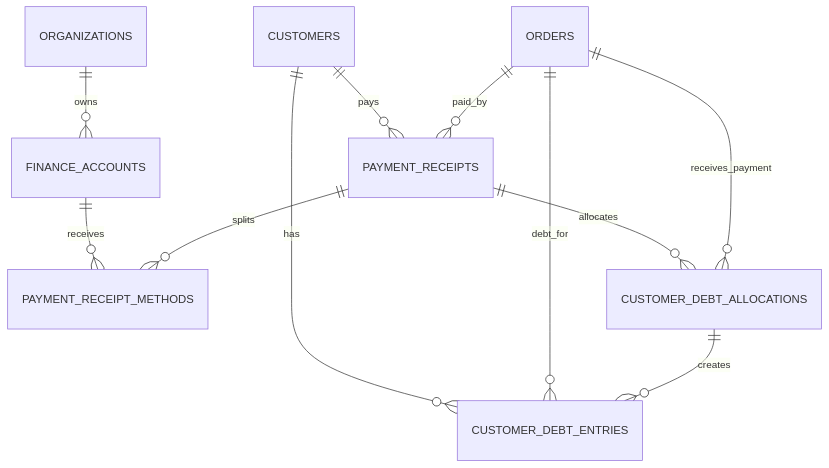
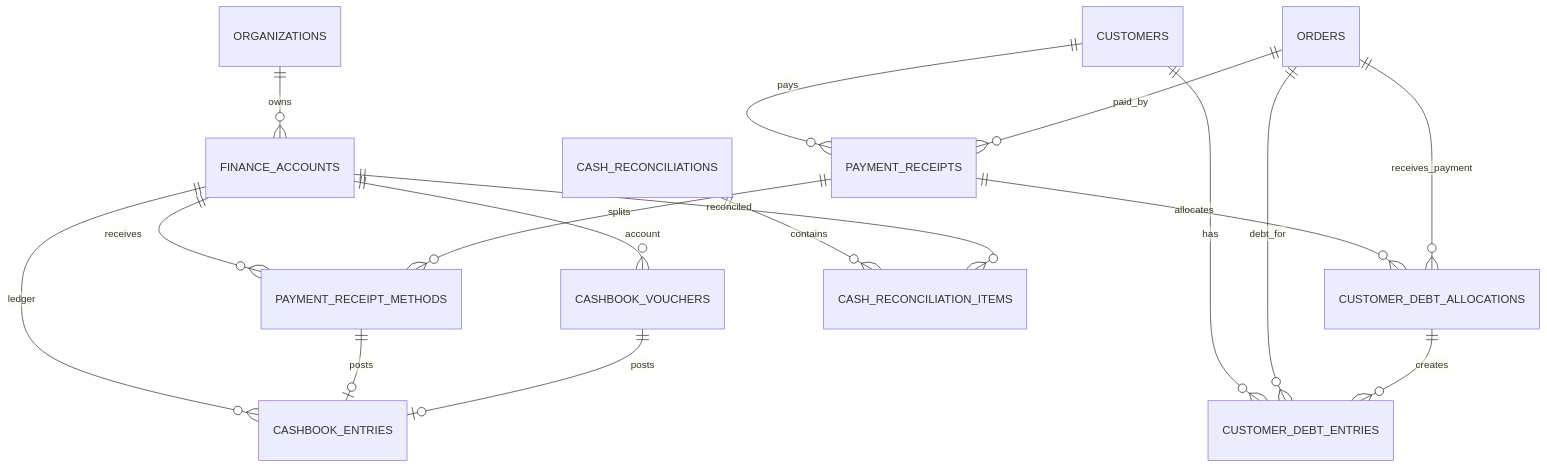
The fourth of 4 diagrams in docs/04-DATABASE/01-ERD.md (vanlam-web/QC-OMS), drawn with Mermaid before and after one commit. The commit also changed other lines of this file and 4 other files, not shown here.

Commit message:
docs: add cashbook database schema

````diff
--- a/docs/04-DATABASE/01-ERD.md
+++ b/docs/04-DATABASE/01-ERD.md
@@ -79,13 +79,19 @@
 ```mermaid
 erDiagram
     ORGANIZATIONS ||--o{ FINANCE_ACCOUNTS : owns
     FINANCE_ACCOUNTS ||--o{ PAYMENT_RECEIPT_METHODS : receives
     PAYMENT_RECEIPTS ||--o{ PAYMENT_RECEIPT_METHODS : splits
     CUSTOMERS ||--o{ PAYMENT_RECEIPTS : pays
     ORDERS ||--o{ PAYMENT_RECEIPTS : paid_by
     CUSTOMERS ||--o{ CUSTOMER_DEBT_ENTRIES : has
     ORDERS ||--o{ CUSTOMER_DEBT_ENTRIES : debt_for
     PAYMENT_RECEIPTS ||--o{ CUSTOMER_DEBT_ALLOCATIONS : allocates
     CUSTOMER_DEBT_ALLOCATIONS ||--o{ CUSTOMER_DEBT_ENTRIES : creates
     ORDERS ||--o{ CUSTOMER_DEBT_ALLOCATIONS : receives_payment
+    FINANCE_ACCOUNTS ||--o{ CASHBOOK_VOUCHERS : account
+    FINANCE_ACCOUNTS ||--o{ CASHBOOK_ENTRIES : ledger
+    PAYMENT_RECEIPT_METHODS ||--o| CASHBOOK_ENTRIES : posts
+    CASHBOOK_VOUCHERS ||--o| CASHBOOK_ENTRIES : posts
+    CASH_RECONCILIATIONS ||--o{ CASH_RECONCILIATION_ITEMS : contains
+    FINANCE_ACCOUNTS ||--o{ CASH_RECONCILIATION_ITEMS : reconciled
 ```
````
